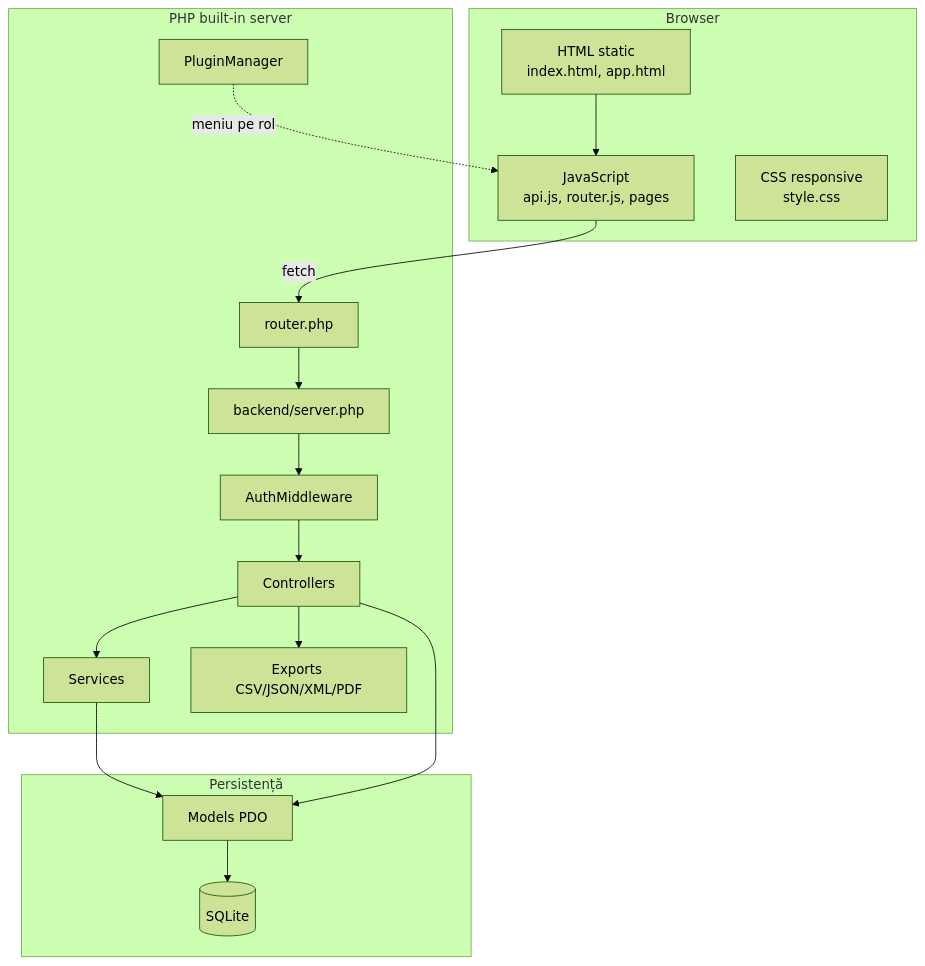
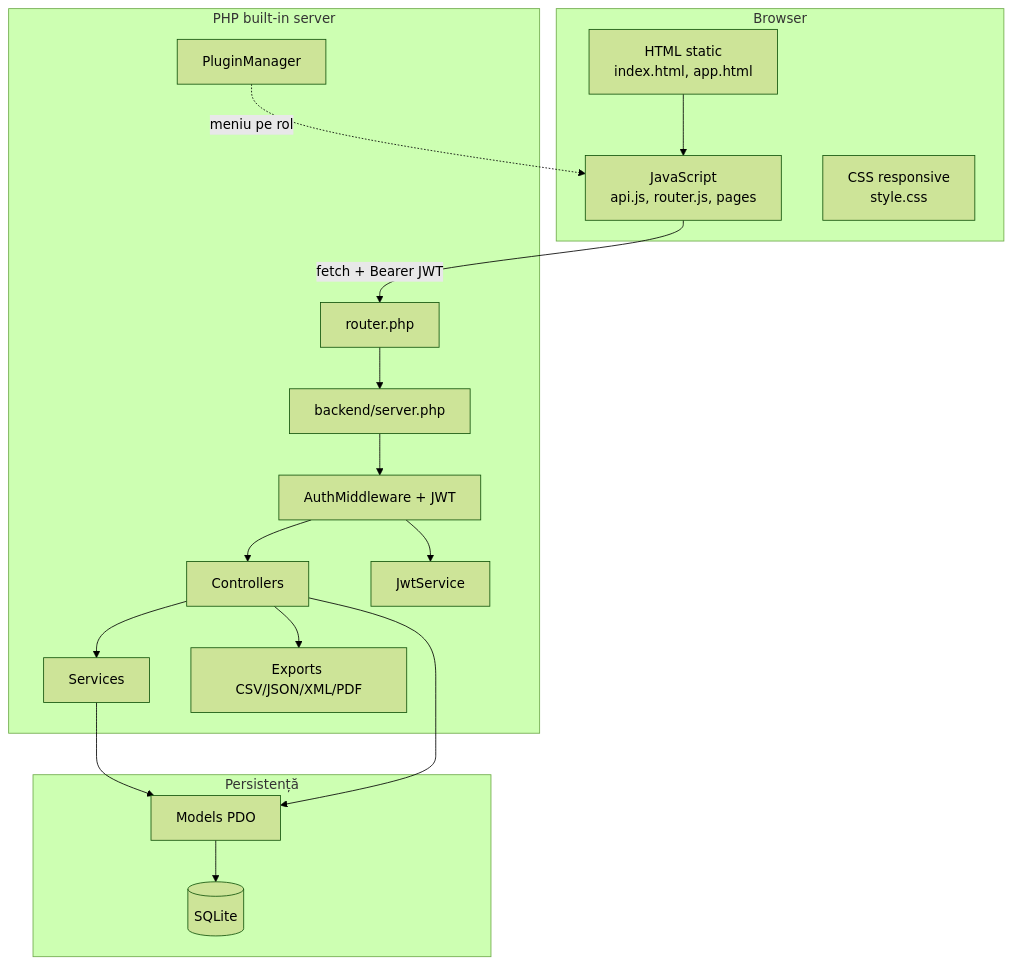
One commit to ricardofilipebondor/web-technologies-2026 changed the second of 12 diagrams in docs/ARCHITECTURE.md. Above: the diagram before and after it, drawn with Mermaid (forest theme). The commit also changed other lines of this file and 46 other files, not shown here.

First line of the commit message:
Refactorizeaza API-ul la REST complet cu autentificare JWT

````diff
--- a/docs/ARCHITECTURE.md
+++ b/docs/ARCHITECTURE.md
@@ -24,30 +24,32 @@
 ```mermaid
 flowchart TB
     subgraph CLIENT[Browser]
         HTML[HTML static<br/>index.html, app.html]
         JS[JavaScript<br/>api.js, router.js, pages]
         CSS[CSS responsive<br/>style.css]
     end
 
     subgraph SERVER[PHP built-in server]
         ROUTER[router.php]
         API[backend/server.php]
         CTRL[Controllers]
-        MW[AuthMiddleware]
+        MW[AuthMiddleware + JWT]
+        JWT[JwtService]
         PLG[PluginManager]
         SVC[Services]
         EXP[Exports CSV/JSON/XML/PDF]
     end
 
     subgraph DATA[Persistență]
         MODEL[Models PDO]
         DB[(SQLite)]
     end
 
     HTML --> JS
-    JS -->|fetch| ROUTER --> API --> MW --> CTRL
+    JS -->|fetch + Bearer JWT| ROUTER --> API --> MW --> CTRL
+    MW --> JWT
     CTRL --> SVC --> MODEL --> DB
     CTRL --> MODEL
     CTRL --> EXP
     PLG -.->|meniu pe rol| JS
 ```
````
